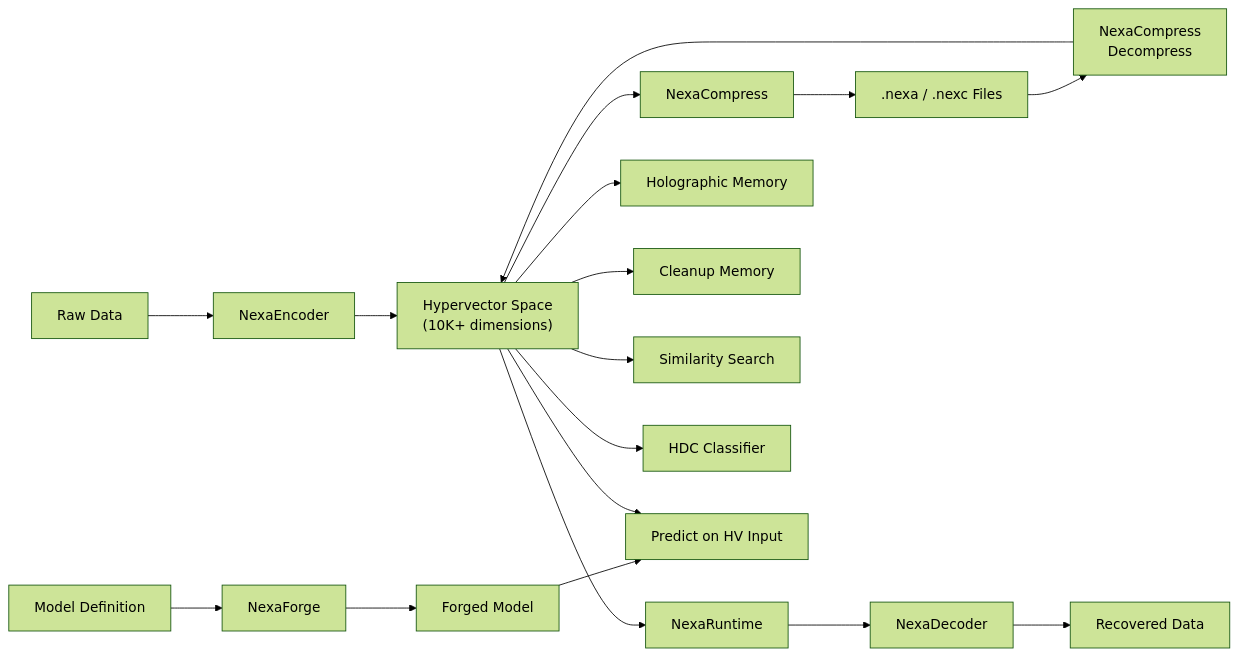
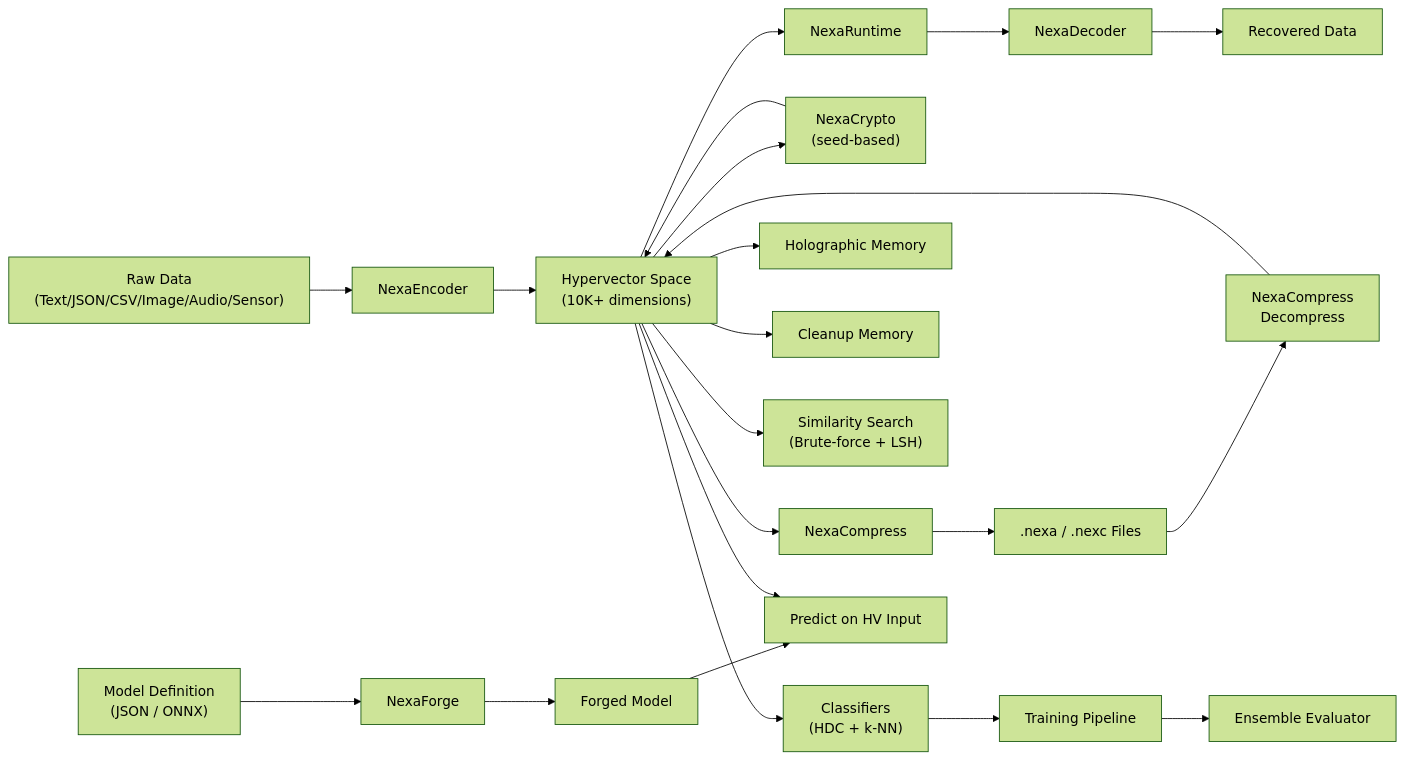
Before and after one commit to yablokolabs/nexa-core: the first of 10 diagrams in README.md, drawn with Mermaid (forest theme). The commit also changed other lines of this file and 14 other files, not shown here.

````diff
--- a/README.md
+++ b/README.md
@@ -27,22 +27,27 @@
 ```mermaid
 flowchart LR
-    RawData["Raw Data"] --> Encoder["NexaEncoder"]
+    RawData["Raw Data<br/>(Text/JSON/CSV/Image/Audio/Sensor)"] --> Encoder["NexaEncoder"]
     Encoder --> HVS["Hypervector Space<br/>(10K+ dimensions)"]
     HVS --> Compress["NexaCompress"]
     Compress --> Stored[".nexa / .nexc Files"]
     Stored --> Decompress["NexaCompress<br/>Decompress"]
     Decompress --> HVS
+    HVS --> Encrypt["NexaCrypto<br/>(seed-based)"]
+    Encrypt --> HVS
     HVS --> Runtime["NexaRuntime"]
     Runtime --> Decoder["NexaDecoder"]
     Decoder --> Recovered["Recovered Data"]
 
     HVS --> Memory["Holographic Memory"]
     HVS --> Cleanup["Cleanup Memory"]
-    HVS --> Search["Similarity Search"]
-    HVS --> Classify["HDC Classifier"]
+    HVS --> Search["Similarity Search<br/>(Brute-force + LSH)"]
+    HVS --> Classify["Classifiers<br/>(HDC + k-NN)"]
 
-    ModelDef["Model Definition"] --> Forge["NexaForge"]
+    ModelDef["Model Definition<br/>(JSON / ONNX)"] --> Forge["NexaForge"]
     Forge --> ForgedModel["Forged Model"]
     ForgedModel --> Predict["Predict on HV Input"]
     HVS --> Predict
+
+    Classify --> Pipeline["Training Pipeline"]
+    Pipeline --> Ensemble["Ensemble Evaluator"]
 ```
````
